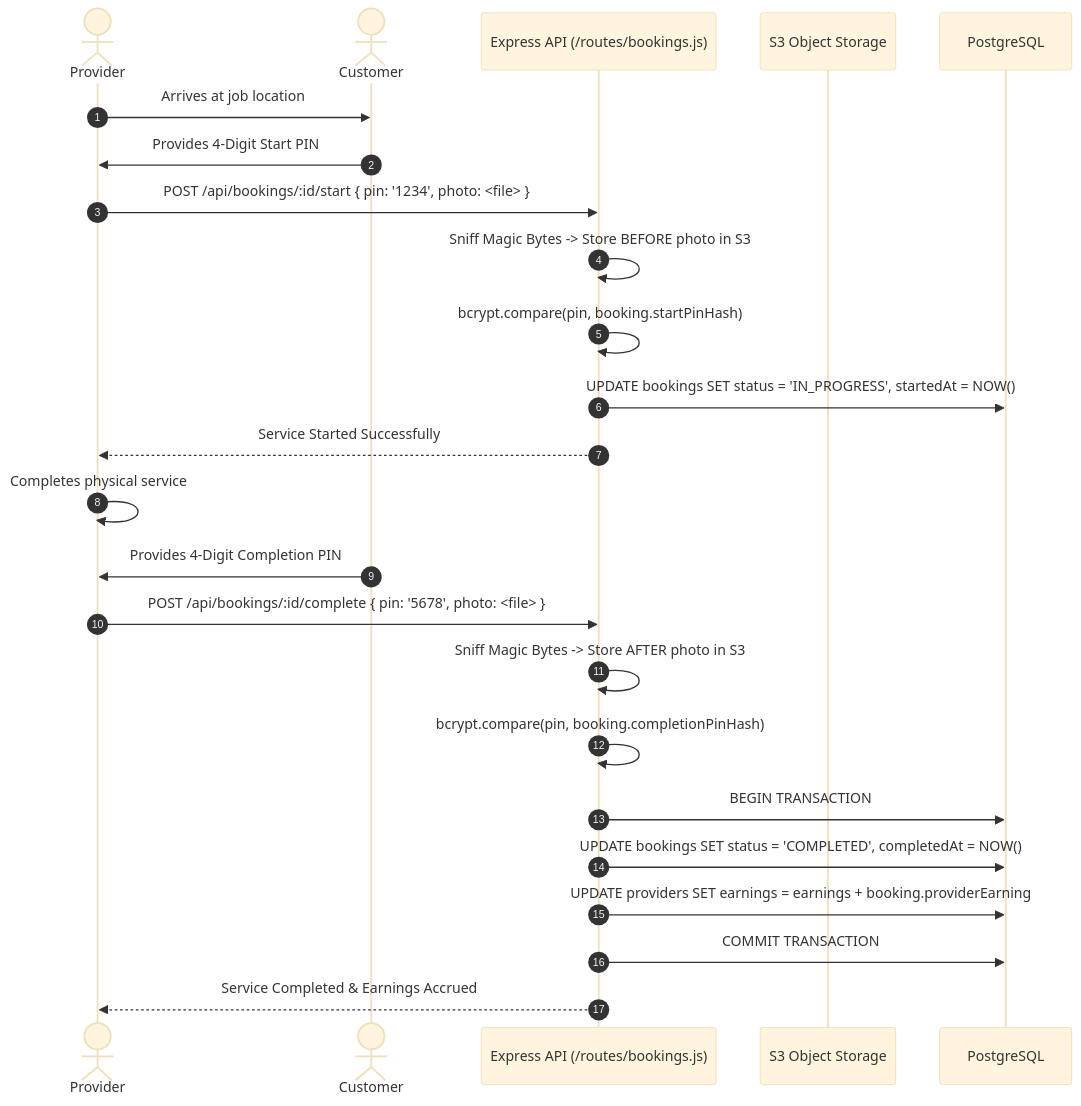
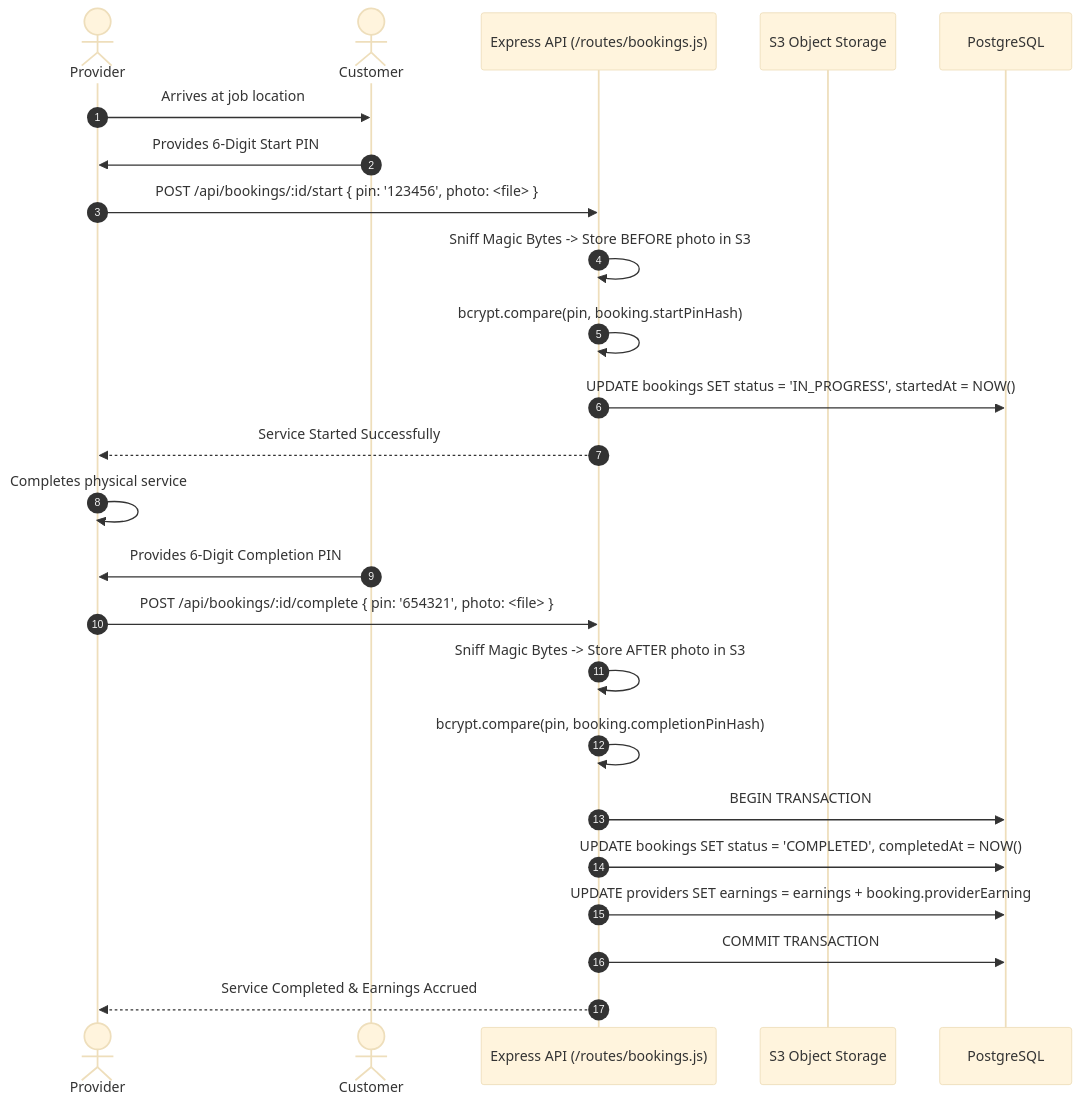
Before and after one commit to 4Raisan/Luxora_v1: the ninth of 9 diagrams in docs/architecture/TECHNICAL_ARCHITECTURE_AND_SYSTEM_DOCUMENTATION.md, drawn with Mermaid (base theme). The commit also changed other lines of this file and 8 other files, not shown here.

Commit message:
Readme + Graphs update

````diff
--- a/docs/architecture/TECHNICAL_ARCHITECTURE_AND_SYSTEM_DOCUMENTATION.md
+++ b/docs/architecture/TECHNICAL_ARCHITECTURE_AND_SYSTEM_DOCUMENTATION.md
@@ -989,28 +989,28 @@
 ```mermaid
 sequenceDiagram
   autonumber
   actor Provider as Provider
   actor Customer as Customer
   participant API as Express API (/routes/bookings.js)
   participant S3 as S3 Object Storage
   participant DB as PostgreSQL
 
   Provider->>Customer: Arrives at job location
-  Customer->>Provider: Provides 4-Digit Start PIN
-  Provider->>API: POST /api/bookings/:id/start { pin: '1234', photo: <file> }
+  Customer->>Provider: Provides 6-Digit Start PIN
+  Provider->>API: POST /api/bookings/:id/start { pin: '123456', photo: <file> }
   API->>API: Sniff Magic Bytes -> Store BEFORE photo in S3
   API->>API: bcrypt.compare(pin, booking.startPinHash)
   API->>DB: UPDATE bookings SET status = 'IN_PROGRESS', startedAt = NOW()
   API-->>Provider: Service Started Successfully
   
   Provider->>Provider: Completes physical service
-  Customer->>Provider: Provides 4-Digit Completion PIN
-  Provider->>API: POST /api/bookings/:id/complete { pin: '5678', photo: <file> }
+  Customer->>Provider: Provides 6-Digit Completion PIN
+  Provider->>API: POST /api/bookings/:id/complete { pin: '654321', photo: <file> }
   API->>API: Sniff Magic Bytes -> Store AFTER photo in S3
   API->>API: bcrypt.compare(pin, booking.completionPinHash)
   API->>DB: BEGIN TRANSACTION
   API->>DB: UPDATE bookings SET status = 'COMPLETED', completedAt = NOW()
   API->>DB: UPDATE providers SET earnings = earnings + booking.providerEarning
   API->>DB: COMMIT TRANSACTION
   API-->>Provider: Service Completed & Earnings Accrued
 ```
````
